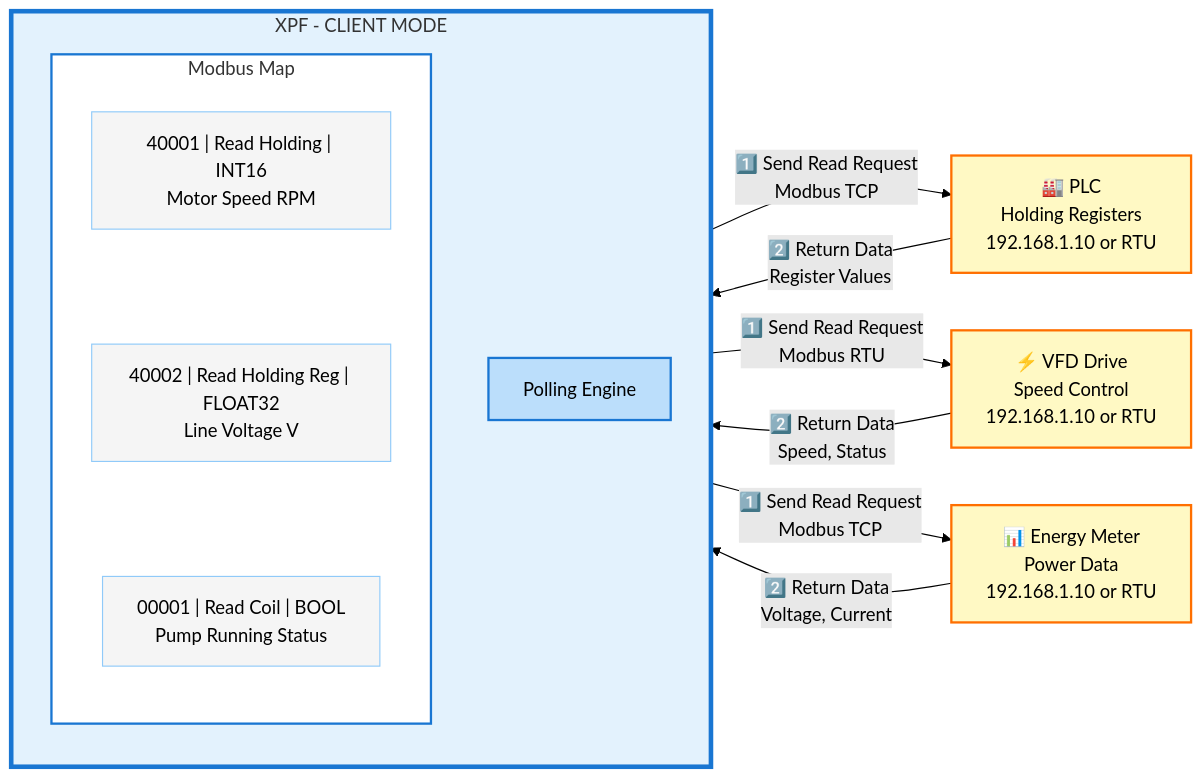
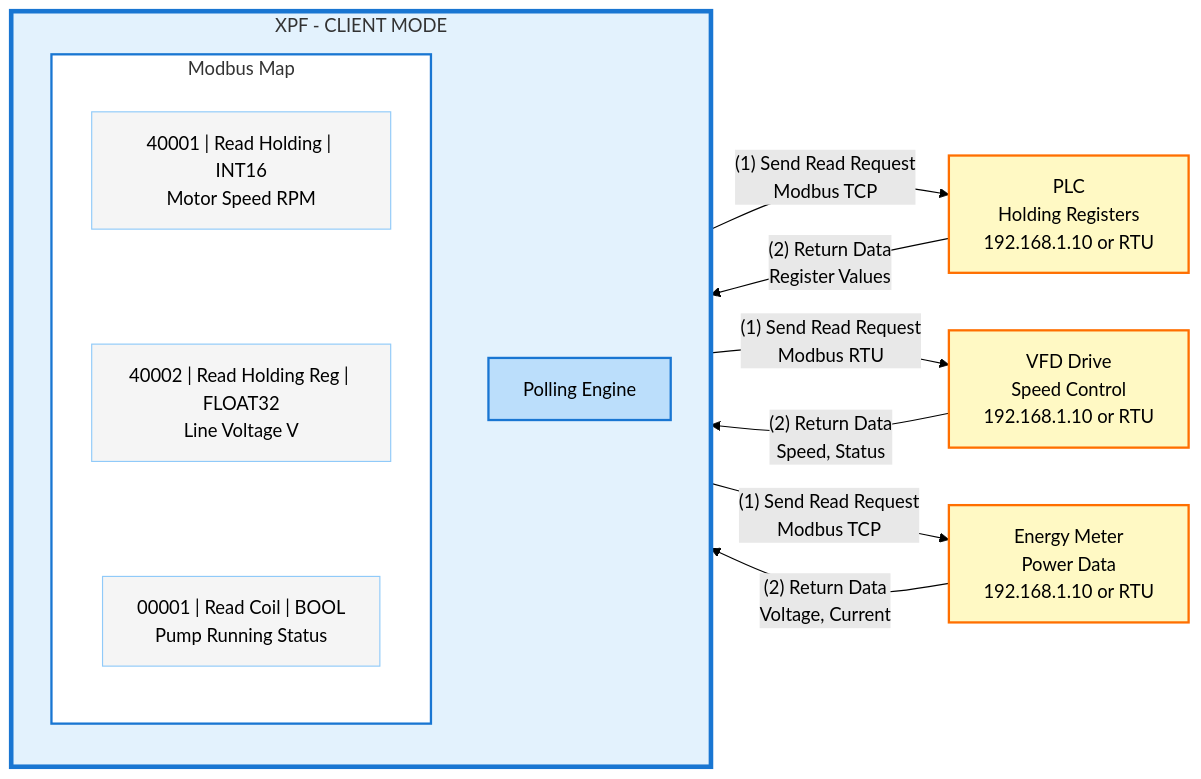
The third of 8 diagrams in docs/products/xpf/user-guide.md (Modbus-Monitor/docs), drawn with Mermaid (forest theme) before and after one commit. The commit also changed other lines of this file and 2 other files, not shown here.

````diff
--- a/docs/products/xpf/user-guide.md
+++ b/docs/products/xpf/user-guide.md
@@ -730,40 +730,40 @@
     ```mermaid
     graph LR
         subgraph MAPLIST["Modbus Map"]
             direction TB
             ADDR1["40001 | Read Holding | INT16<br/>Motor Speed RPM"]
             ADDR2["40002 | Read Holding Reg | FLOAT32<br/>Line Voltage V"]
             ADDR3["00001 | Read Coil | BOOL<br/>Pump Running Status"]
             
             ADDR1 ~~~ ADDR2 ~~~ ADDR3
         end
         
         subgraph XPF["XPF - CLIENT MODE"]
             direction TB
             MAPLIST
             ENGINE["Polling Engine"]
         end
         
-        PLC["🏭 PLC<br/>Holding Registers<br/>192.168.1.10 or RTU"]
-        VFD["⚡ VFD Drive<br/>Speed Control<br/>192.168.1.10 or RTU"]
-        METER["📊 Energy Meter<br/>Power Data<br/>192.168.1.10 or RTU"]
+        PLC["PLC<br/>Holding Registers<br/>192.168.1.10 or RTU"]
+        VFD["VFD Drive<br/>Speed Control<br/>192.168.1.10 or RTU"]
+        METER["Energy Meter<br/>Power Data<br/>192.168.1.10 or RTU"]
         
-        XPF -->|"1️⃣ Send Read Request<br/>Modbus TCP"| PLC
-        PLC -->|"2️⃣ Return Data<br/>Register Values"| XPF
+        XPF -->|"(1) Send Read Request<br/>Modbus TCP"| PLC
+        PLC -->|"(2) Return Data<br/>Register Values"| XPF
         
-        XPF -->|"1️⃣ Send Read Request<br/>Modbus RTU"| VFD
-        VFD -->|"2️⃣ Return Data<br/>Speed, Status"| XPF
+        XPF -->|"(1) Send Read Request<br/>Modbus RTU"| VFD
+        VFD -->|"(2) Return Data<br/>Speed, Status"| XPF
         
-        XPF -->|"1️⃣ Send Read Request<br/>Modbus TCP"| METER
-        METER -->|"2️⃣ Return Data<br/>Voltage, Current"| XPF
+        XPF -->|"(1) Send Read Request<br/>Modbus TCP"| METER
+        METER -->|"(2) Return Data<br/>Voltage, Current"| XPF
         
         style XPF fill:#e3f2fd,stroke:#1976d2,stroke-width:4px
         style MAPLIST fill:#fff,stroke:#1976d2,stroke-width:2px
         style ADDR1 fill:#f5f5f5,stroke:#90caf9,stroke-width:1px
         style ADDR2 fill:#f5f5f5,stroke:#90caf9,stroke-width:1px
         style ADDR3 fill:#f5f5f5,stroke:#90caf9,stroke-width:1px
         style ENGINE fill:#bbdefb,stroke:#1976d2,stroke-width:2px
         style PLC fill:#fff9c4,stroke:#ff6f00,stroke-width:2px
         style VFD fill:#fff9c4,stroke:#ff6f00,stroke-width:2px
         style METER fill:#fff9c4,stroke:#ff6f00,stroke-width:2px
     ```
````
